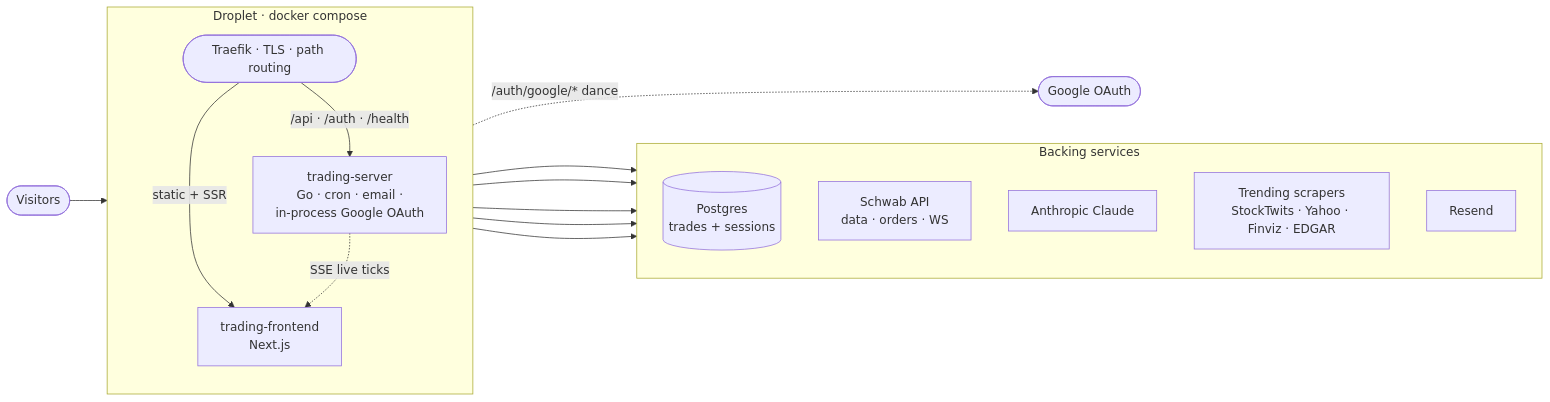
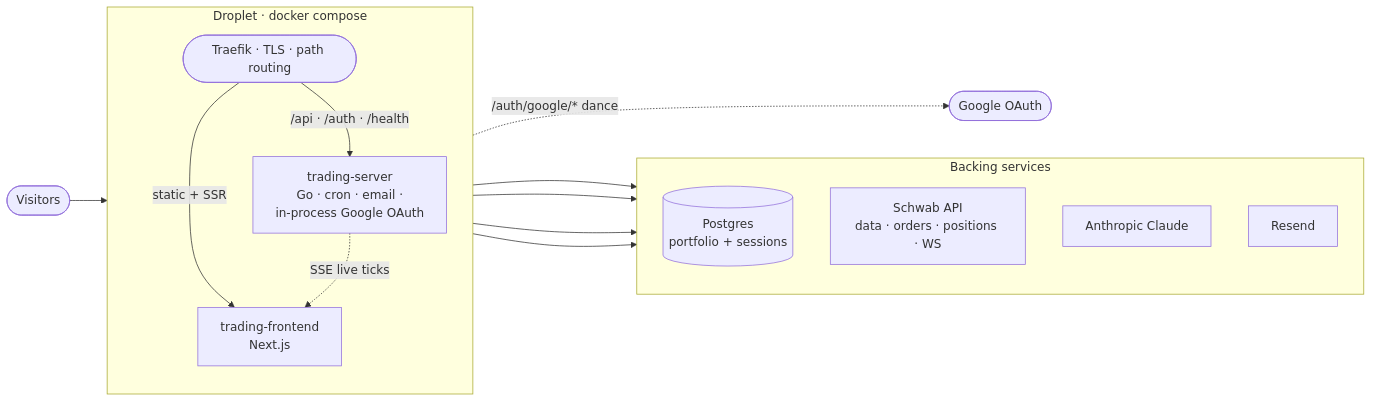
The first of 2 diagrams in README.md (JayceBordelon/vibetradez.com), drawn with Mermaid before and after one commit. The commit also changed other lines of this file and 6 other files, not shown here.

````diff
--- a/README.md
+++ b/README.md
@@ -13,33 +15,31 @@
 ```mermaid
 flowchart LR
     User(["Visitors"])
     Google(["Google OAuth"])
 
     subgraph Droplet["Droplet · docker compose"]
       direction TB
       Traefik(["Traefik · TLS · path routing"])
       TF["trading-frontend<br/>Next.js"]
       TS["trading-server<br/>Go · cron · email ·<br/>in-process Google OAuth"]
     end
 
     subgraph Backing["Backing services"]
       direction TB
-      DB[("Postgres<br/>trades + sessions")]
-      Schwab["Schwab API<br/>data · orders · WS"]
+      DB[("Postgres<br/>portfolio + sessions")]
+      Schwab["Schwab API<br/>data · orders · positions · WS"]
       Claude["Anthropic Claude"]
-      Signals["Trending scrapers<br/>StockTwits · Yahoo · Finviz · EDGAR"]
       Resend["Resend"]
     end
 
     User --> Traefik
     Traefik -->|"static + SSR"| TF
     Traefik -->|"/api · /auth · /health"| TS
     TS -.->|"SSE live ticks"| TF
     TS -.->|"/auth/google/* dance"| Google
 
     TS --> DB
     TS --> Schwab
     TS --> Claude
-    TS --> Signals
     TS --> Resend
 ```
````
